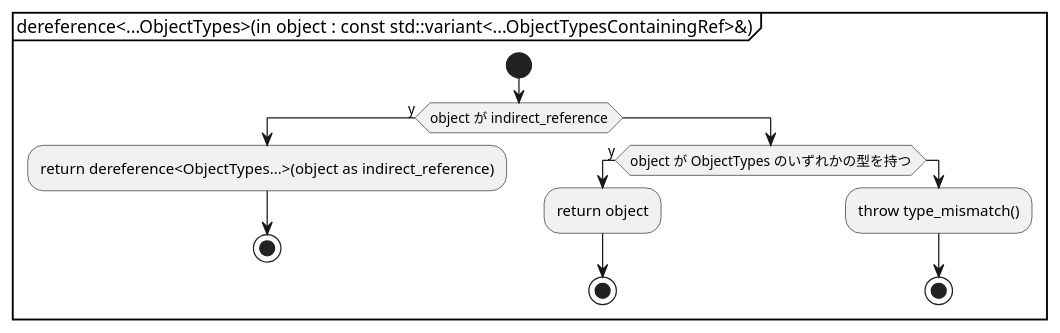
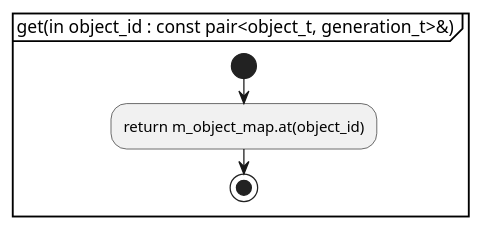
One commit to KodaiYM/PDFReader changed the second of 3 diagrams in document/document_reader/object_pool/object_pool.activity.pu. Above: the diagram before and after it, drawn with PlantUML. The commit also changed other lines of this file and 3 other files, not shown here.

```diff
--- a/document/document_reader/object_pool/object_pool.activity.pu
+++ b/document/document_reader/object_pool/object_pool.activity.pu
@@ -10,18 +9,7 @@
-@startuml dereference of any
-partition "dereference<...ObjectTypes>(in object : const std::variant<...ObjectTypesContainingRef>&)" {
+@startuml get
+partition "get(in object_id : const pair<object_t, generation_t>&)" {
 start
-	if (object が indirect_reference) then (y)
-		:return dereference<ObjectTypes...>(object as indirect_reference);
-		stop
-	else
-		if (object が ObjectTypes のいずれかの型を持つ) then (y)
-			:return object;
-			stop
-		else
-			:throw type_mismatch();
-			stop
-		endif
-	endif
-'stop
+	:return m_object_map.at(object_id);
+stop
 }
 @enduml
```
